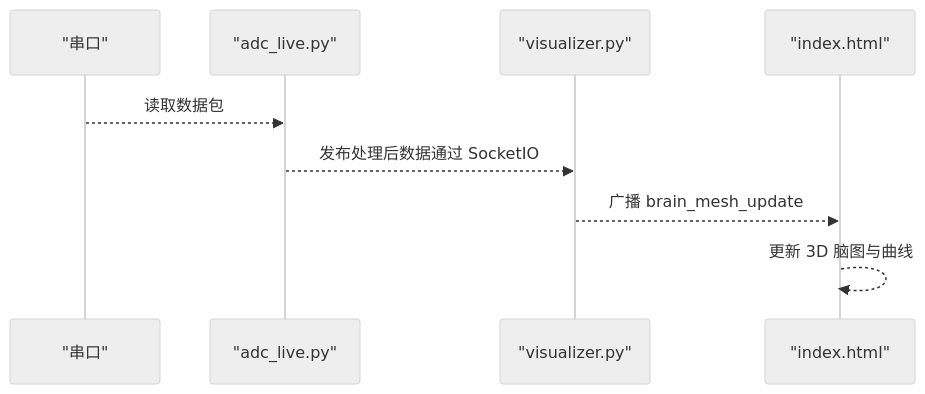
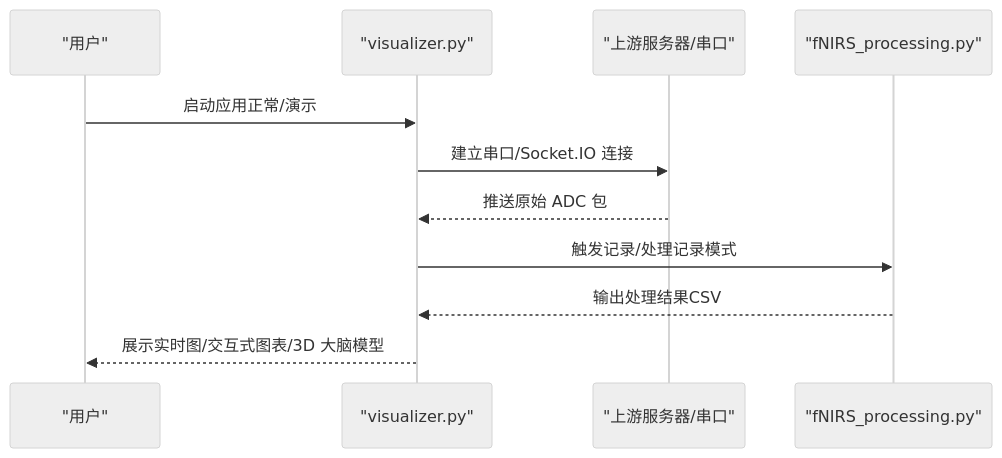
Before and after one commit to zhushizi/fNIRS-main: the fifth of 8 diagrams in .qoder/repowiki/zh/content/快速开始.md, drawn with Mermaid (neutral theme). The commit also changed other lines of this file and 84 other files, not shown here.

````diff
--- a/.qoder/repowiki/zh/content/快速开始.md
+++ b/.qoder/repowiki/zh/content/快速开始.md
@@ -163,11 +166,13 @@
 ```mermaid
 sequenceDiagram
-participant Ser as "串口"
-participant Live as "adc_live.py"
-participant Vis as "visualizer.py"
-participant UI as "index.html"
-Ser-->>Live : 读取数据包
-Live-->>Vis : 发布处理后数据通过 SocketIO
-Vis-->>UI : 广播 brain_mesh_update
-UI-->>UI : 更新 3D 脑图与曲线
+participant U as "用户"
+participant V as "visualizer.py"
+participant S as "上游服务器/串口"
+participant P as "fNIRS_processing.py"
+U->>V : 启动应用正常/演示
+V->>S : 建立串口/Socket.IO 连接
+S-->>V : 推送原始 ADC 包
+V->>P : 触发记录/处理记录模式
+P-->>V : 输出处理结果CSV
+V-->>U : 展示实时图/交互式图表/3D 大脑模型
 ```
````
